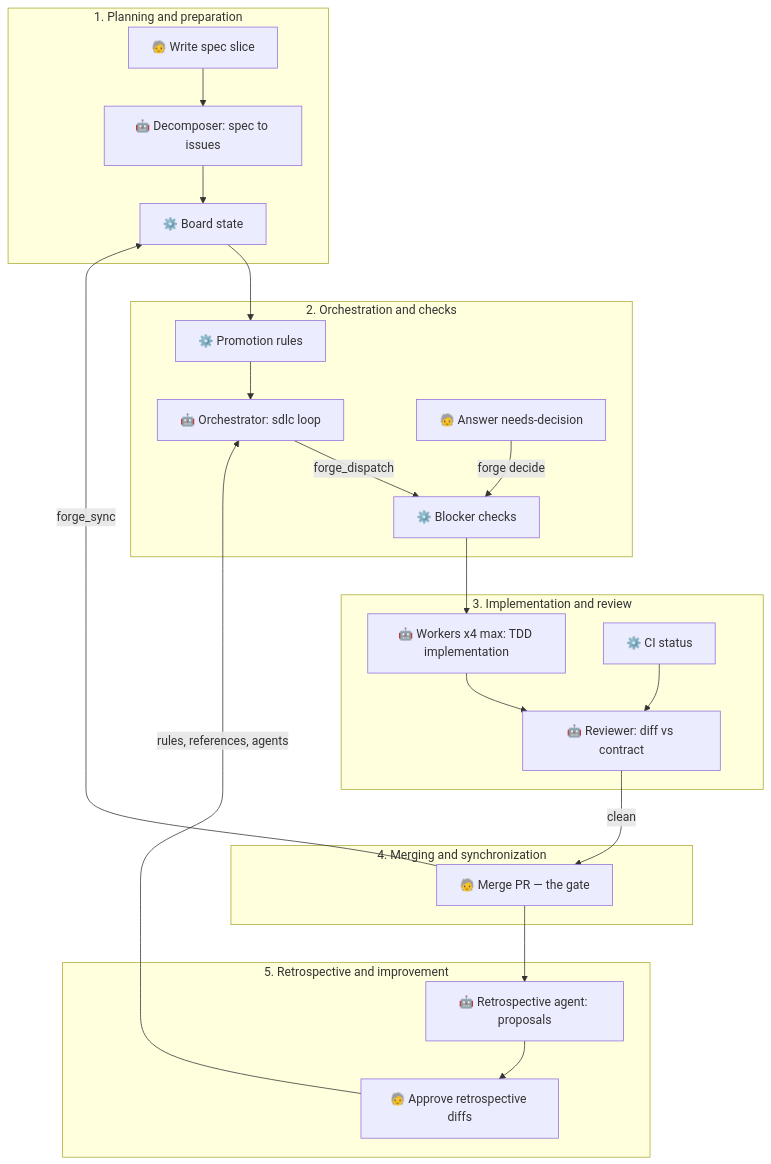
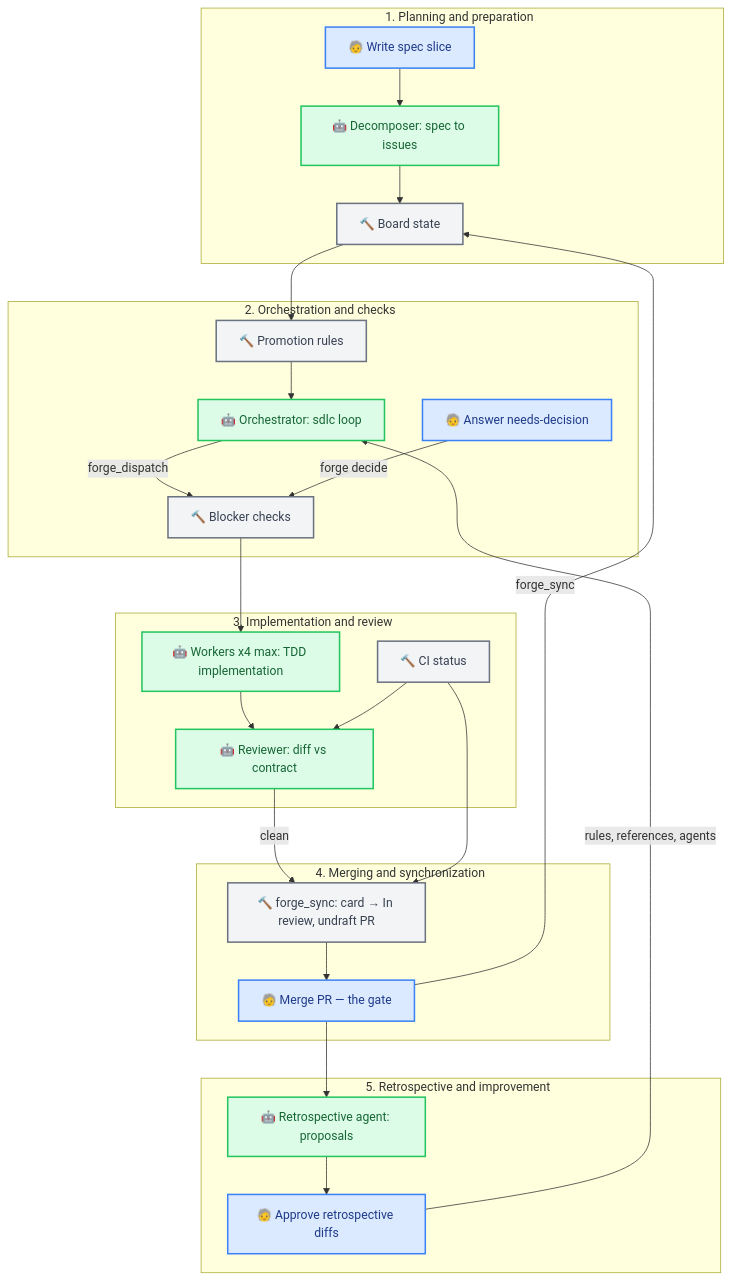
Before and after one commit to mjaric/omp-plugins: the first of 4 diagrams in plugins/forge/docs/sdlc.md, drawn with Mermaid. The commit also changed other lines of this file and 8 other files, not shown here.

First line of the commit message:
Forge sync: move green-CI In progress issues to In review, undraft PR

````diff
--- a/plugins/forge/docs/sdlc.md
+++ b/plugins/forge/docs/sdlc.md
@@ -35,44 +35,53 @@
 ```mermaid
 flowchart TD
-    
+    classDef human fill:#dbeafe,stroke:#3b82f6,stroke-width:2px,color:#1e3a8a;
+    classDef core fill:#f3f4f6,stroke:#6b7280,stroke-width:2px,color:#374151;
+    classDef agent fill:#dcfce7,stroke:#22c55e,stroke-width:2px,color:#166534;
 
-
-    subgraph Phase1 [1. Planning and preparation]
-        SPEC["🧓 Write spec slice"] 
+    subgraph Phase1 ["1. Planning and preparation &nbsp;"]
+        SPEC["🧓 Write spec slice"]
         DECOMP["🤖 Decomposer: spec to issues"]
-        BOARD["⚙️ Board state"] 
+        BOARD["🔨 Board state"]
         SPEC --> DECOMP --> BOARD
     end
 
-    subgraph Phase2 [2. Orchestration and checks]
-        PROMO["⚙️ Promotion rules"] 
-        ORCH["🤖 Orchestrator: sdlc loop"] 
-        BLOCK["⚙️ Blocker checks"] 
+    subgraph Phase2 ["2. Orchestration and checks &nbsp;"]
+        PROMO["🔨 Promotion rules"]
+        ORCH["🤖 Orchestrator: sdlc loop"]
+        BLOCK["🔨 Blocker checks"]
         DECIDE["🧓 Answer needs-decision"]
         BOARD --> PROMO --> ORCH
         ORCH -->|forge_dispatch| BLOCK
         DECIDE -->|forge decide| BLOCK
     end
 
-    subgraph Phase3 [3. Implementation and review]
-        WORK["🤖 Workers x4 max: TDD implementation"] 
-        CI["⚙️ CI status"] 
+    subgraph Phase3 ["3. Implementation and review &nbsp;"]
+        WORK["🤖 Workers x4 max: TDD implementation"]
+        CI["🔨 CI status"]
         REV["🤖 Reviewer: diff vs contract"]
         BLOCK --> WORK
         WORK --> REV
         CI --> REV
     end
 
-    subgraph Phase4 [4. Merging and synchronization]
-        MERGE["🧓 Merge PR — the gate"] 
-        REV -->|clean| MERGE
+    subgraph Phase4 ["4. Merging and synchronization &nbsp;"]
+        SYNC["🔨 forge_sync: card → In review, undraft PR"]
+        MERGE["🧓 Merge PR — the gate"]
+        REV -->|clean| SYNC
+        CI --> SYNC
+        SYNC --> MERGE
         MERGE -->|forge_sync| BOARD
     end
 
-    subgraph Phase5 [5. Retrospective and improvement]
+    subgraph Phase5 ["5. Retrospective and improvement &nbsp;"]
         RETRO["🤖 Retrospective agent: proposals"]
-        APPROVE["🧓 Approve retrospective diffs"] 
+        APPROVE["🧓 Approve retrospective diffs"]
         MERGE --> RETRO --> APPROVE
         APPROVE -->|rules, references, agents| ORCH
     end
+
+    %% Dodeljivanje klasa (boja i stilova) čvorovima
+    class SPEC,DECIDE,MERGE,APPROVE human
+    class DECOMP,ORCH,WORK,REV,RETRO agent
+    class BOARD,PROMO,BLOCK,CI,SYNC core
 ```
````
